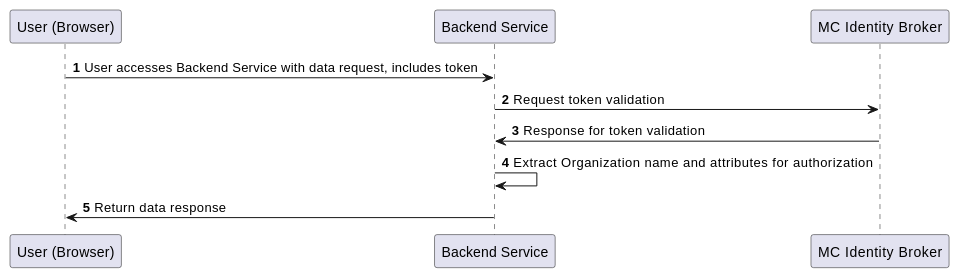
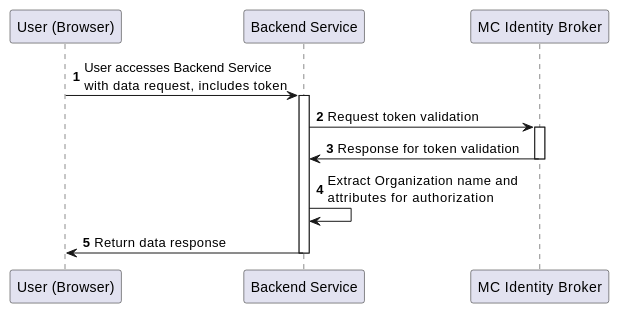
Before and after one commit to MaritimeCloud/developers.maritimecloud.net: the second of 2 diagrams in identity/adoc/04OpenIDConnect.adoc, drawn with PlantUML. The commit also changed other lines of this file and 2 other files, not shown here.

```diff
--- a/identity/adoc/04OpenIDConnect.adoc
+++ b/identity/adoc/04OpenIDConnect.adoc
@@ -89,9 +99,13 @@
 [plantuml, title="Backend service authentication flow"]
 ....
 autonumber
-"User (Browser)" -> "Backend Service": User accesses Backend Service with data request, includes token
+"User (Browser)" -> "Backend Service": User accesses Backend Service\nwith data request, includes token
+activate "Backend Service"
 "Backend Service" -> "MC Identity Broker": Request token validation
+activate "MC Identity Broker"
 "MC Identity Broker" -> "Backend Service": Response for token validation
-"Backend Service" -> "Backend Service": Extract Organization name and attributes for authorization
+deactivate "MC Identity Broker"
+"Backend Service" -> "Backend Service": Extract Organization name and\nattributes for authorization
 "Backend Service" -> "User (Browser)": Return data response
+deactivate "Backend Service"
 ....
```
